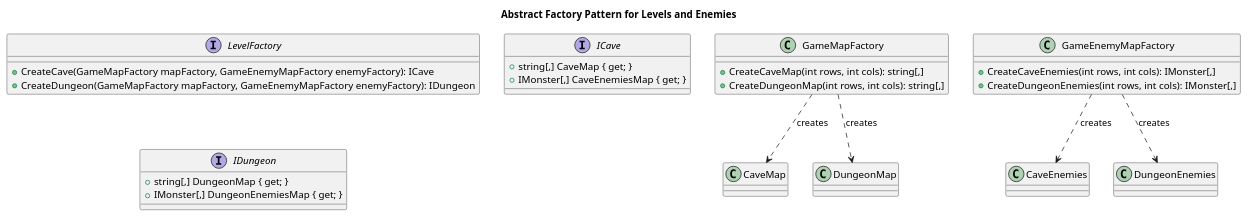
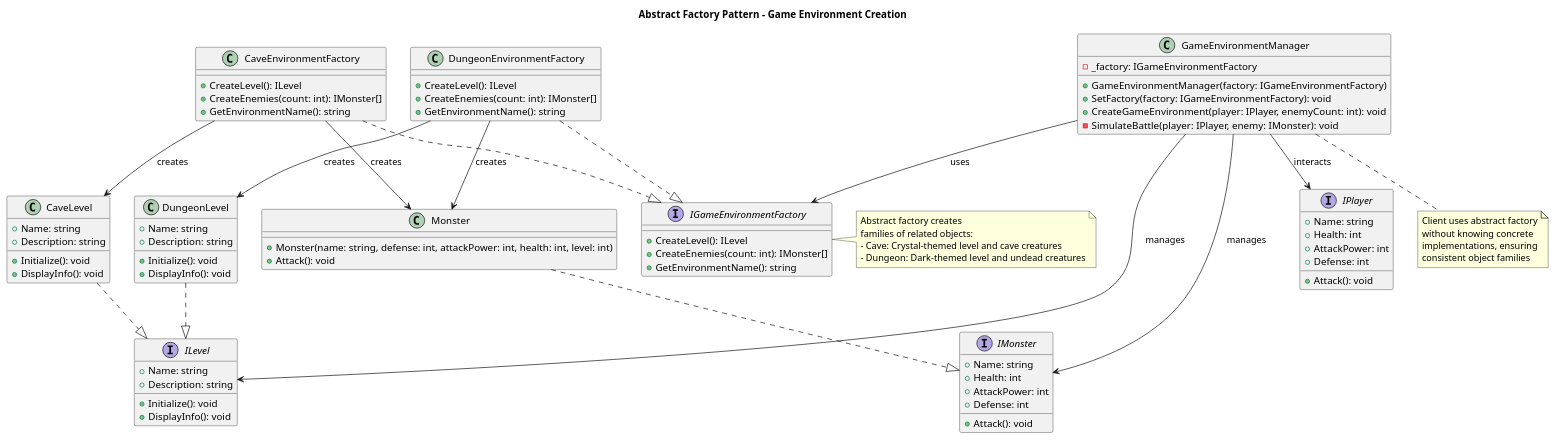
Before and after one commit to Zed101000/Samenvatting: the diagram in PlayerMMO/AbstractFactory/abstract_factory.puml, drawn with PlantUML. The commit also changed 375 other files, not shown here.

```diff
--- a/PlayerMMO/AbstractFactory/abstract_factory.puml
+++ b/PlayerMMO/AbstractFactory/abstract_factory.puml
@@ -1,36 +1,103 @@
-@startuml AbstractFactoryPattern
+@startuml Abstract_Factory_Pattern
 
-title Abstract Factory Pattern for Levels and Enemies
+title Abstract Factory Pattern - Game Environment Creation
 
-interface LevelFactory {
-    + CreateCave(GameMapFactory mapFactory, GameEnemyMapFactory enemyFactory): ICave
-    + CreateDungeon(GameMapFactory mapFactory, GameEnemyMapFactory enemyFactory): IDungeon
+interface IGameEnvironmentFactory {
+    +CreateLevel(): ILevel
+    +CreateEnemies(count: int): IMonster[]
+    +GetEnvironmentName(): string
 }
 
-class GameMapFactory {
-    + CreateCaveMap(int rows, int cols): string[,]
-    + CreateDungeonMap(int rows, int cols): string[,]
+interface ILevel {
+    +Name: string
+    +Description: string
+    +Initialize(): void
+    +DisplayInfo(): void
 }
 
-class GameEnemyMapFactory {
-    + CreateCaveEnemies(int rows, int cols): IMonster[,]
-    + CreateDungeonEnemies(int rows, int cols): IMonster[,]
+class CaveEnvironmentFactory {
+    +CreateLevel(): ILevel
+    +CreateEnemies(count: int): IMonster[]
+    +GetEnvironmentName(): string
 }
 
-interface ICave {
-    + string[,] CaveMap { get; }
-    + IMonster[,] CaveEnemiesMap { get; }
+class DungeonEnvironmentFactory {
+    +CreateLevel(): ILevel
+    +CreateEnemies(count: int): IMonster[]
+    +GetEnvironmentName(): string
 }
 
-interface IDungeon {
-    + string[,] DungeonMap { get; }
-    + IMonster[,] DungeonEnemiesMap { get; }
+class CaveLevel {
+    +Name: string
+    +Description: string
+    +Initialize(): void
+    +DisplayInfo(): void
 }
 
-GameMapFactory ..> CaveMap : creates
-GameMapFactory ..> DungeonMap : creates
-GameEnemyMapFactory ..> CaveEnemies : creates
-GameEnemyMapFactory ..> DungeonEnemies : creates
+class DungeonLevel {
+    +Name: string
+    +Description: string
+    +Initialize(): void
+    +DisplayInfo(): void
+}
 
+class GameEnvironmentManager {
+    -_factory: IGameEnvironmentFactory
+    +GameEnvironmentManager(factory: IGameEnvironmentFactory)
+    +SetFactory(factory: IGameEnvironmentFactory): void
+    +CreateGameEnvironment(player: IPlayer, enemyCount: int): void
+    -SimulateBattle(player: IPlayer, enemy: IMonster): void
+}
+
+interface IMonster {
+    +Name: string
+    +Health: int
+    +AttackPower: int
+    +Defense: int
+    +Attack(): void
+}
+
+class Monster {
+    +Monster(name: string, defense: int, attackPower: int, health: int, level: int)
+    +Attack(): void
+}
+
+interface IPlayer {
+    +Name: string
+    +Health: int
+    +AttackPower: int
+    +Defense: int
+    +Attack(): void
+}
+
+CaveEnvironmentFactory ..|> IGameEnvironmentFactory
+DungeonEnvironmentFactory ..|> IGameEnvironmentFactory
+CaveLevel ..|> ILevel
+DungeonLevel ..|> ILevel
+Monster ..|> IMonster
+
+CaveEnvironmentFactory --> CaveLevel : creates
+CaveEnvironmentFactory --> Monster : creates
+DungeonEnvironmentFactory --> DungeonLevel : creates
+DungeonEnvironmentFactory --> Monster : creates
+
+GameEnvironmentManager --> IGameEnvironmentFactory : uses
+GameEnvironmentManager --> ILevel : manages
+GameEnvironmentManager --> IMonster : manages
+GameEnvironmentManager --> IPlayer : interacts
+
+note right of IGameEnvironmentFactory
+  Abstract factory creates
+  families of related objects:
+  - Cave: Crystal-themed level and cave creatures
+  - Dungeon: Dark-themed level and undead creatures
+end note
+
+note bottom of GameEnvironmentManager
+  Client uses abstract factory
+  without knowing concrete
+  implementations, ensuring
+  consistent object families
+end note
 
 @enduml
```
